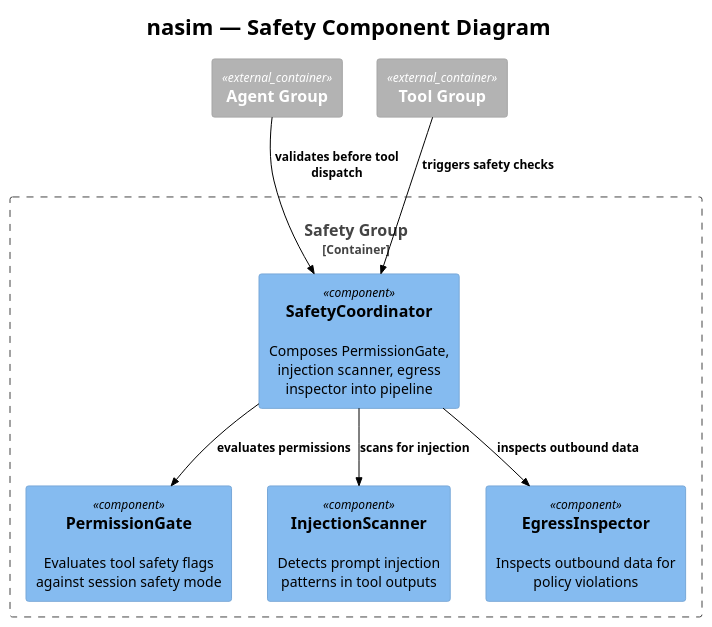
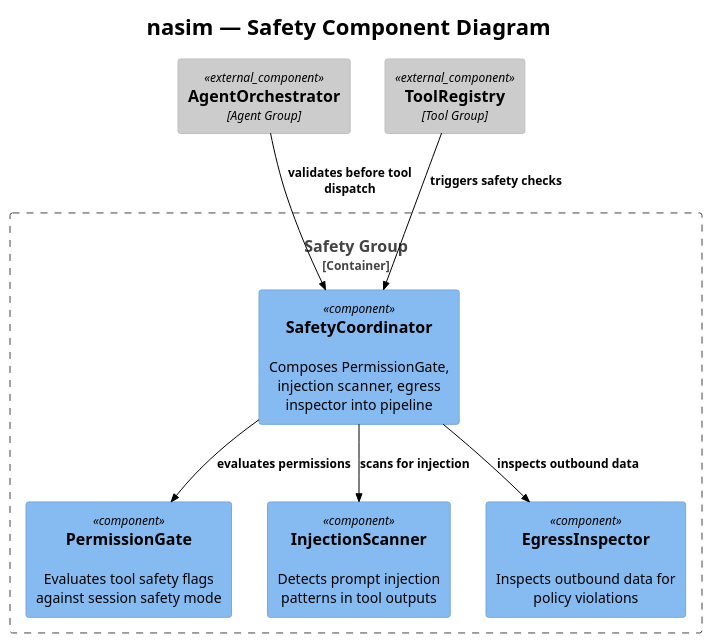
Diagram 19 of 24 in C4.md (salimnamvar/nasim), drawn with PlantUML before and after one commit. The commit also changed other lines of this file and 18 other files, not shown here.

```diff
--- a/C4.md
+++ b/C4.md
@@ -1123,33 +1137,33 @@
 @startuml c4_nasim_component_safety
 !include https://raw.githubusercontent.com/plantuml-stdlib/C4-PlantUML/v2.10.0/C4_Component.puml
 !theme plain
 
 ' ============================================================
 ' Title:     nasim — Safety Component Diagram
 ' Boundary:  nasim core library — Safety group
 ' Purpose:   Permission gating, injection scanning, egress inspection
 ' Milestone: v1.0
 ' Version:   6.0.0
 ' Source:    docs/prompt/p1.md — corrective architecture review
 ' Review:    —
 ' ============================================================
 
 title nasim — Safety Component Diagram
 
 Container_Boundary(safety_boundary, "Safety Group") {
     Component(safety_coord, "SafetyCoordinator", "", "Composes PermissionGate, injection scanner, egress inspector into pipeline")
     Component(permission_gate, "PermissionGate", "", "Evaluates tool safety flags against session safety mode")
     Component(injection_scanner, "InjectionScanner", "", "Detects prompt injection patterns in tool outputs")
     Component(egress_inspector, "EgressInspector", "", "Inspects outbound data for policy violations")
 }
 
-Container_Ext(agent_group, "Agent Group")
-Container_Ext(tool_group, "Tool Group")
+Component_Ext(agent_orch, "AgentOrchestrator", "Agent Group")
+Component_Ext(tool_registry, "ToolRegistry", "Tool Group")
 
-Rel(agent_group, safety_coord, "validates before tool dispatch")
+Rel(agent_orch, safety_coord, "validates before tool dispatch")
 Rel(safety_coord, permission_gate, "evaluates permissions")
 Rel(safety_coord, injection_scanner, "scans for injection")
 Rel(safety_coord, egress_inspector, "inspects outbound data")
-Rel(tool_group, safety_coord, "triggers safety checks")
+Rel(tool_registry, safety_coord, "triggers safety checks")
 
 @enduml
```
